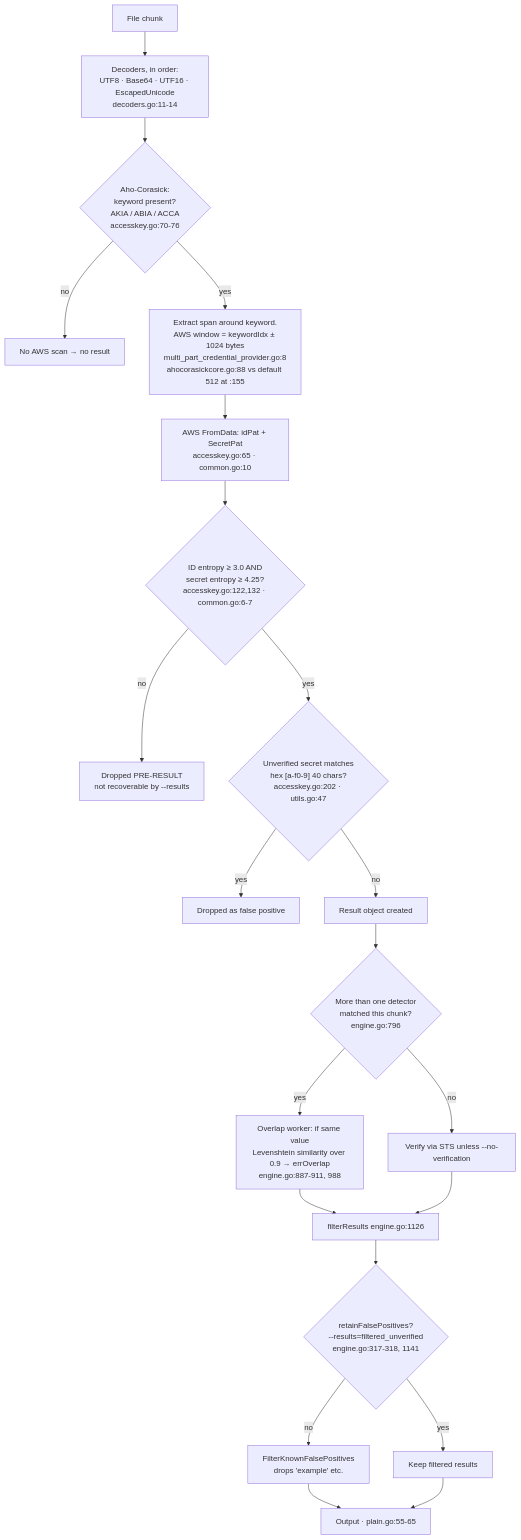
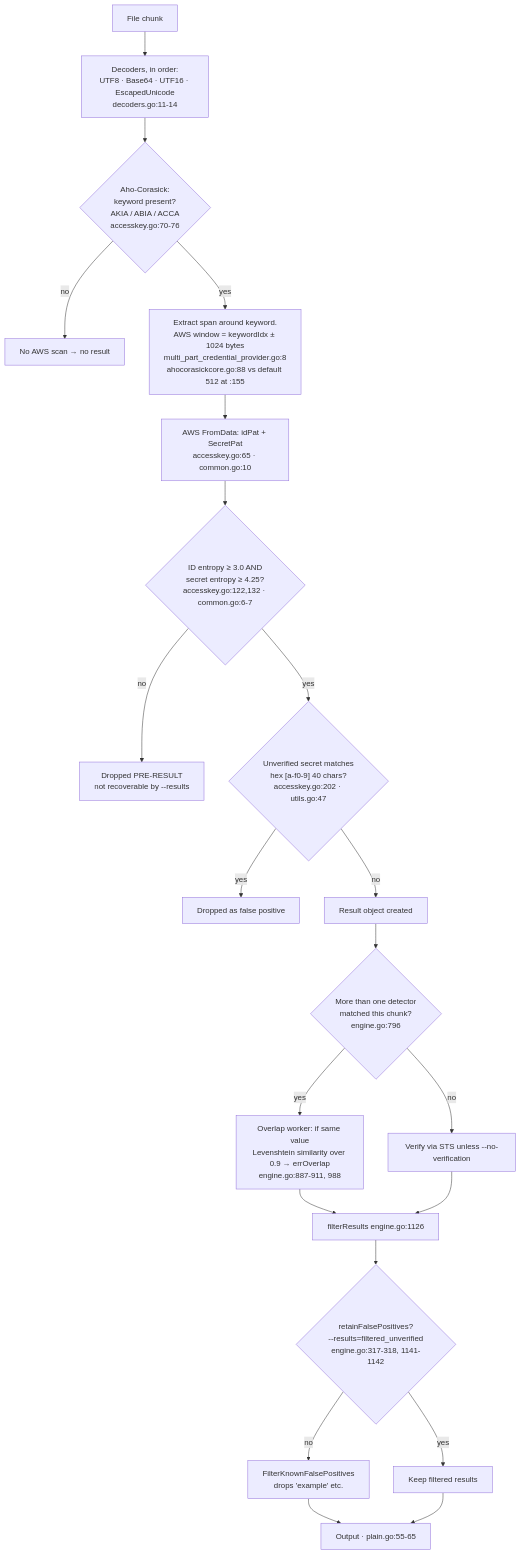
The diagram in blitzy/documentation/trufflehog_e42153d44a5e.md (blitzy-research/trufflehog), drawn with Mermaid before and after one commit. The commit also changed other lines of this file, not shown here.

````diff
--- a/blitzy/documentation/trufflehog_e42153d44a5e.md
+++ b/blitzy/documentation/trufflehog_e42153d44a5e.md
@@ -31,23 +31,23 @@
 ```mermaid
 flowchart TD
     A["File chunk"] --> B["Decoders, in order:<br/>UTF8 · Base64 · UTF16 · EscapedUnicode<br/>decoders.go:11-14"]
     B --> C{"Aho-Corasick:<br/>keyword present?<br/>AKIA / ABIA / ACCA<br/>accesskey.go:70-76"}
     C -- no --> X["No AWS scan → no result"]
     C -- yes --> D["Extract span around keyword.<br/>AWS window = keywordIdx ± 1024 bytes<br/>multi_part_credential_provider.go:8<br/>ahocorasickcore.go:88 vs default 512 at :155"]
     D --> E["AWS FromData: idPat + SecretPat<br/>accesskey.go:65 · common.go:10"]
     E --> F{"ID entropy ≥ 3.0 AND<br/>secret entropy ≥ 4.25?<br/>accesskey.go:122,132 · common.go:6-7"}
     F -- no --> X2["Dropped PRE-RESULT<br/>not recoverable by --results"]
     F -- yes --> G{"Unverified secret matches<br/>hex [a-f0-9] 40 chars?<br/>accesskey.go:202 · utils.go:47"}
     G -- yes --> X3["Dropped as false positive"]
     G -- no --> H["Result object created"]
     H --> I{"More than one detector<br/>matched this chunk?<br/>engine.go:796"}
     I -- yes --> J["Overlap worker: if same value<br/>Levenshtein similarity over 0.9 → errOverlap<br/>engine.go:887-911, 988"]
     I -- no --> K["Verify via STS unless --no-verification"]
     J --> L["filterResults engine.go:1126"]
     K --> L
-    L --> M{"retainFalsePositives?<br/>--results=filtered_unverified<br/>engine.go:317-318, 1141"}
+    L --> M{"retainFalsePositives?<br/>--results=filtered_unverified<br/>engine.go:317-318, 1141-1142"}
     M -- no --> N["FilterKnownFalsePositives<br/>drops 'example' etc."]
     M -- yes --> O["Keep filtered results"]
     N --> P["Output · plain.go:55-65"]
     O --> P
 ```
````
